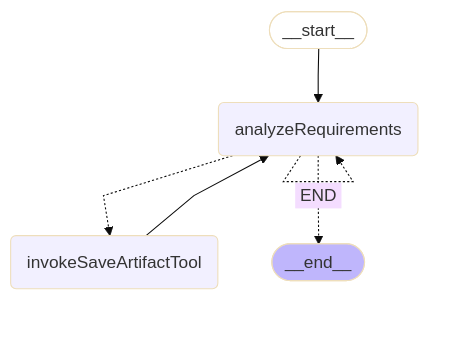
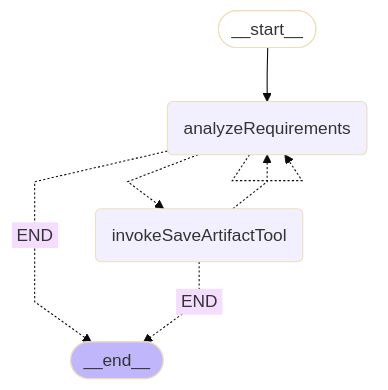
Before and after one commit to yzkee/liam: the third of 6 diagrams in frontend/internal-packages/agent/README.md, drawn with Mermaid (base theme). The commit also changed 9 other files, not shown here.

First line of the commit message:
fix: PM Agent flow improvement - prevent infinite loop on tool success

````diff
--- a/frontend/internal-packages/agent/README.md
+++ b/frontend/internal-packages/agent/README.md
@@ -126,16 +126,17 @@
 ```mermaid
 %%{init: {'flowchart': {'curve': 'linear'}}}%%
 graph TD;
 	__start__([<p>__start__</p>]):::first
 	analyzeRequirements(analyzeRequirements)
 	invokeSaveArtifactTool(invokeSaveArtifactTool)
 	__end__([<p>__end__</p>]):::last
 	__start__ --> analyzeRequirements;
-	invokeSaveArtifactTool --> analyzeRequirements;
 	analyzeRequirements -.-> invokeSaveArtifactTool;
 	analyzeRequirements -. &nbsp;END&nbsp; .-> __end__;
+	invokeSaveArtifactTool -. &nbsp;END&nbsp; .-> __end__;
+	invokeSaveArtifactTool -.-> analyzeRequirements;
 	analyzeRequirements -.-> analyzeRequirements;
 	classDef default fill:#f2f0ff,line-height:1.2;
 	classDef first fill-opacity:0;
 	classDef last fill:#bfb6fc;
 ```
````
